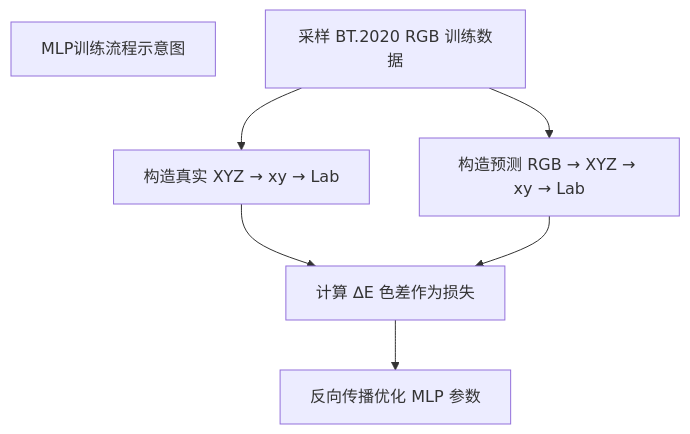
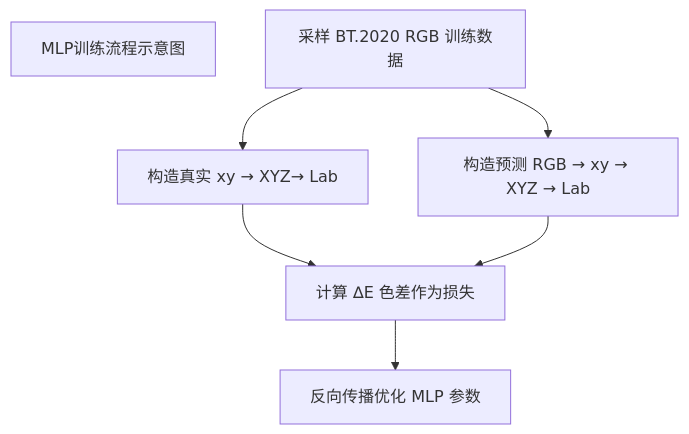
One commit to jbgztxdy/sms changed the first of 7 diagrams in 数模.md. Above: the diagram before and after it, drawn with Mermaid. The commit also changed other lines of this file, not shown here.

````diff
--- a/数模.md
+++ b/数模.md
@@ -106,10 +106,10 @@
 ```mermaid
 graph TD 
 	title[ MLP训练流程示意图]
-    A1[采样 BT.2020 RGB 训练数据] --> B1[构造真实 XYZ → xy → Lab]
-    A1 --> C1[构造预测 RGB → XYZ → xy → Lab]
+    A1[采样 BT.2020 RGB 训练数据] --> B1[构造真实 xy → XYZ→ Lab]
+    A1 --> C1[构造预测 RGB → xy → XYZ → Lab]
     B1 --> D1[计算 ∆E 色差作为损失]
     C1 --> D1
     D1 --> E1[反向传播优化 MLP 参数]
 
 ```
````
